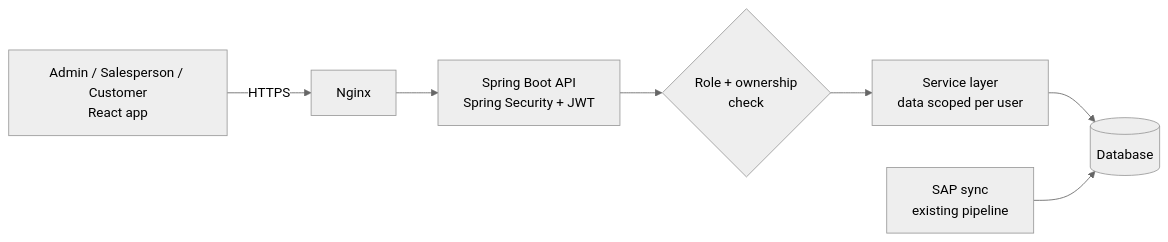
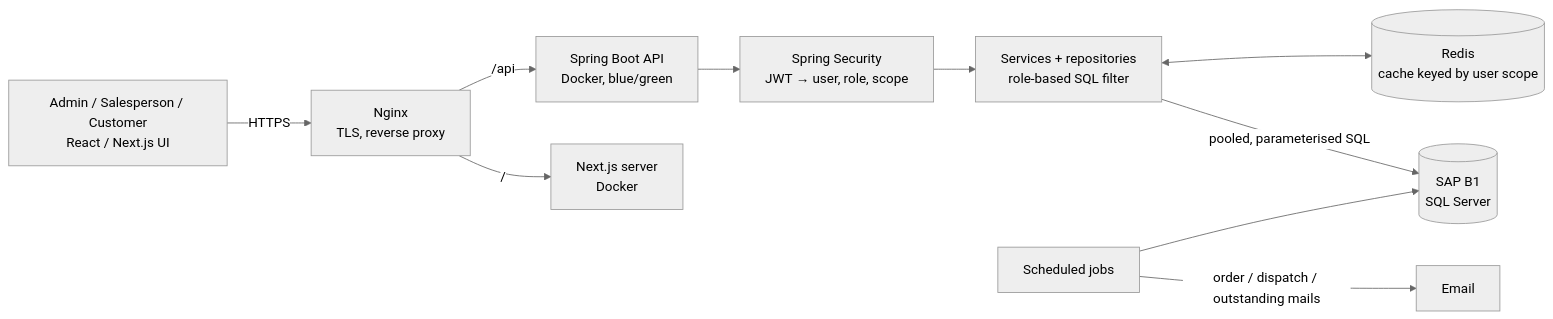
One commit to prakash-434/sales-dashboard-platform changed the diagram in README.md. Above: the diagram before and after it, drawn with Mermaid (neutral theme). The commit also changed other lines of this file, not shown here.

Commit message:
Rewrite README as an architecture and interview guide

````diff
--- a/README.md
+++ b/README.md
@@ -23,9 +19,12 @@
 ```mermaid
 flowchart LR
-    U[Admin / Salesperson / Customer<br/>React app] -->|HTTPS| N[Nginx]
-    N --> API[Spring Boot API<br/>Spring Security + JWT]
-    API --> RBAC{Role + ownership<br/>check}
-    RBAC --> SVC[Service layer<br/>data scoped per user]
-    SVC --> DB[(Database)]
-    SAP[SAP sync<br/>existing pipeline] --> DB
+    U[Admin / Salesperson / Customer<br/>React / Next.js UI] -->|HTTPS| NG[Nginx<br/>TLS, reverse proxy]
+    NG -->|/| FE[Next.js server<br/>Docker]
+    NG -->|/api| API[Spring Boot API<br/>Docker, blue/green]
+    API --> SEC[Spring Security<br/>JWT → user, role, scope]
+    SEC --> SVC[Services + repositories<br/>role-based SQL filter]
+    SVC -->|pooled, parameterised SQL| SAP[(SAP B1<br/>SQL Server)]
+    SVC <--> R[(Redis<br/>cache keyed by user scope)]
+    JOB[Scheduled jobs] -->|order / dispatch / outstanding mails| MAIL[Email]
+    JOB --> SAP
 ```
````
